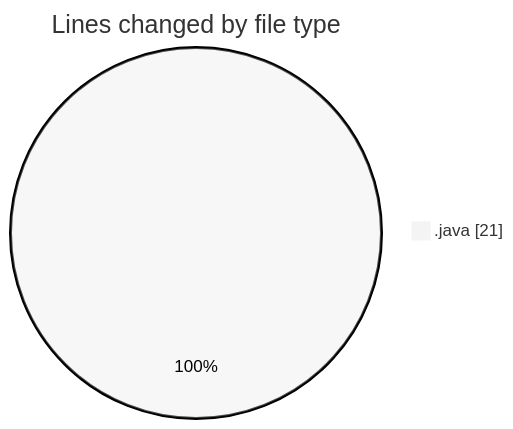
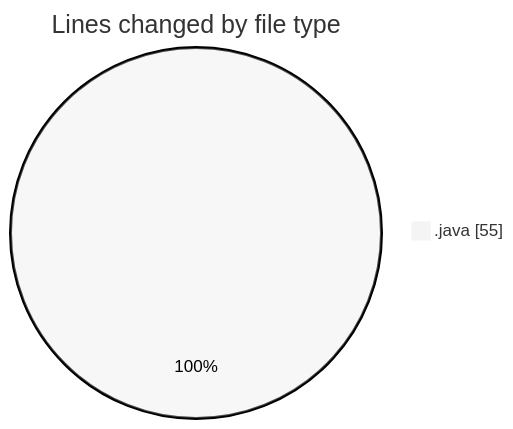
Before and after one commit to NitaiMahat/code-tracking: the first of 2 diagrams in 2025-01-29/java/README.md, drawn with Mermaid (neutral theme). The commit also changed other lines of this file and 1 other file, not shown here.

````diff
--- a/2025-01-29/java/README.md
+++ b/2025-01-29/java/README.md
@@ -23,5 +23,5 @@
 ```mermaid
 pie showData
 title Lines changed by file type
-".java" : 21
+".java" : 55
 ```
````
